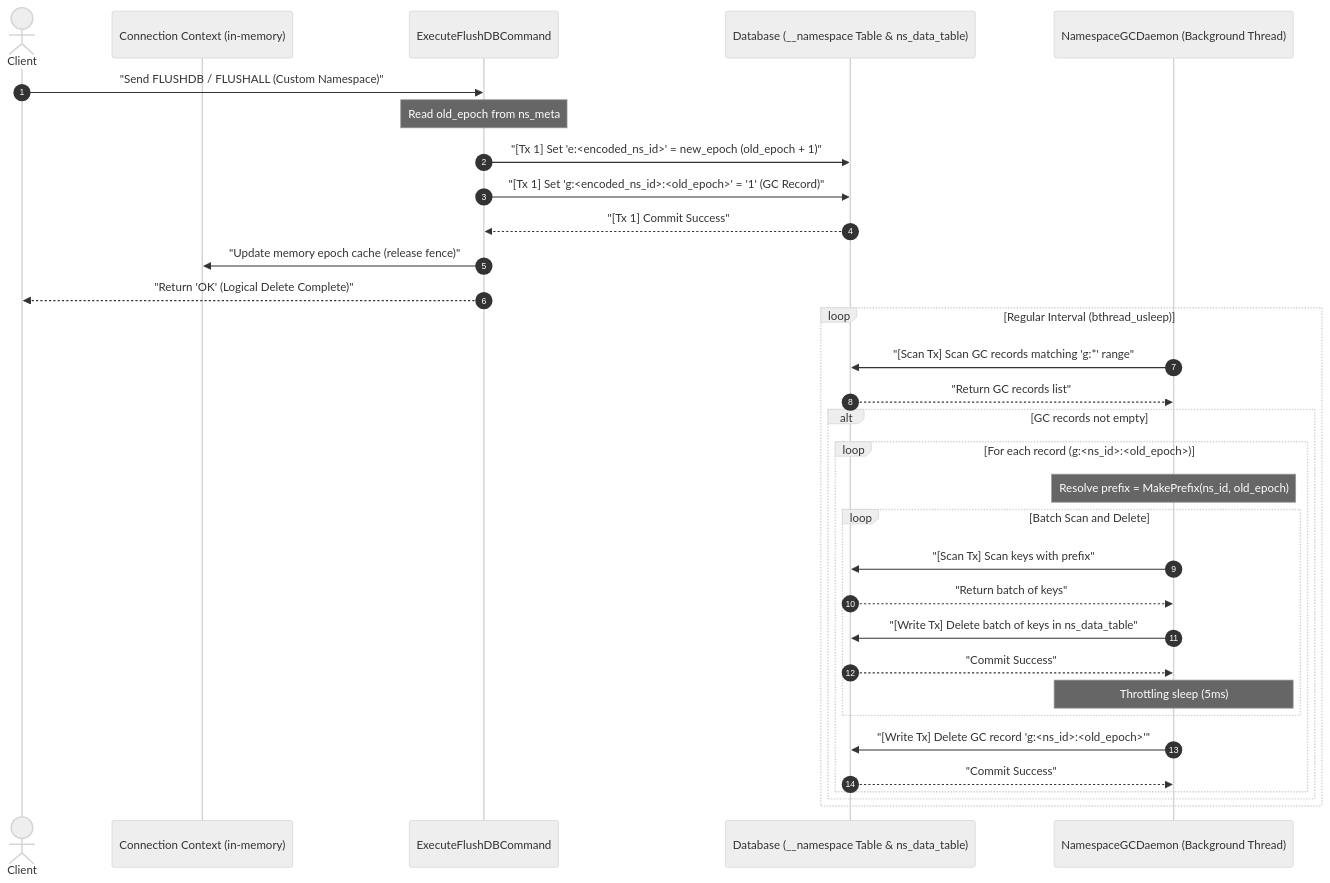
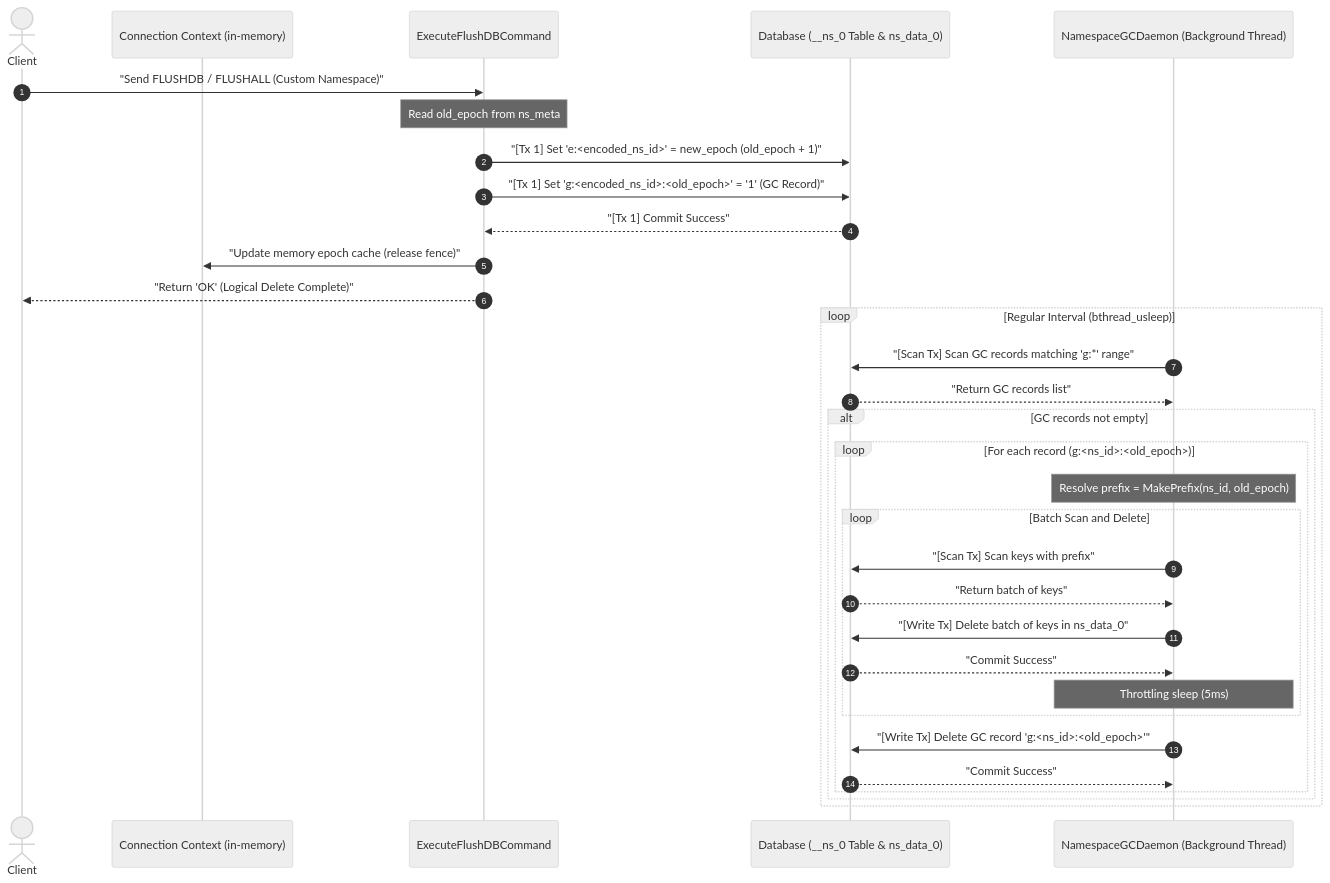
The second of 2 diagrams in design.md (miewx/eloqkv), drawn with Mermaid (neutral theme) before and after one commit. The commit also changed other lines of this file and 1 other file, not shown here.

````diff
--- a/design.md
+++ b/design.md
@@ -142,38 +147,38 @@
     ```mermaid
     sequenceDiagram
         autonumber
         actor Client
         participant ConnectionContext as Connection Context (in-memory)
         participant ExecuteFlushDB as ExecuteFlushDBCommand
-        participant DB as Database (__namespace Table & ns_data_table)
+        participant DB as Database (__ns_0 Table & ns_data_0)
         participant GCDaemon as NamespaceGCDaemon (Background Thread)
 
         %% Phase 1: Logical Flush
         Client->>ExecuteFlushDB: "Send FLUSHDB / FLUSHALL (Custom Namespace)"
         Note over ExecuteFlushDB: Read old_epoch from ns_meta
         ExecuteFlushDB->>DB: "[Tx 1] Set 'e:<encoded_ns_id>' = new_epoch (old_epoch + 1)"
         ExecuteFlushDB->>DB: "[Tx 1] Set 'g:<encoded_ns_id>:<old_epoch>' = '1' (GC Record)"
         DB-->>ExecuteFlushDB: "[Tx 1] Commit Success"
         ExecuteFlushDB->>ConnectionContext: "Update memory epoch cache (release fence)"
         ExecuteFlushDB-->>Client: "Return 'OK' (Logical Delete Complete)"
 
         %% Phase 2: Asynchronous GC
         loop Regular Interval (bthread_usleep)
             GCDaemon->>DB: "[Scan Tx] Scan GC records matching 'g:*' range"
             DB-->>GCDaemon: "Return GC records list"
             alt GC records not empty
                 loop For each record (g:<ns_id>:<old_epoch>)
                     Note over GCDaemon: Resolve prefix = MakePrefix(ns_id, old_epoch)
                     loop Batch Scan and Delete
                         GCDaemon->>DB: "[Scan Tx] Scan keys with prefix"
                         DB-->>GCDaemon: "Return batch of keys"
-                        GCDaemon->>DB: "[Write Tx] Delete batch of keys in ns_data_table"
+                        GCDaemon->>DB: "[Write Tx] Delete batch of keys in ns_data_0"
                         DB-->>GCDaemon: "Commit Success"
                         Note over GCDaemon: Throttling sleep (5ms)
                     end
                     GCDaemon->>DB: "[Write Tx] Delete GC record 'g:<ns_id>:<old_epoch>'"
                     DB-->>GCDaemon: "Commit Success"
                 end
             end
         end
     ```
````
